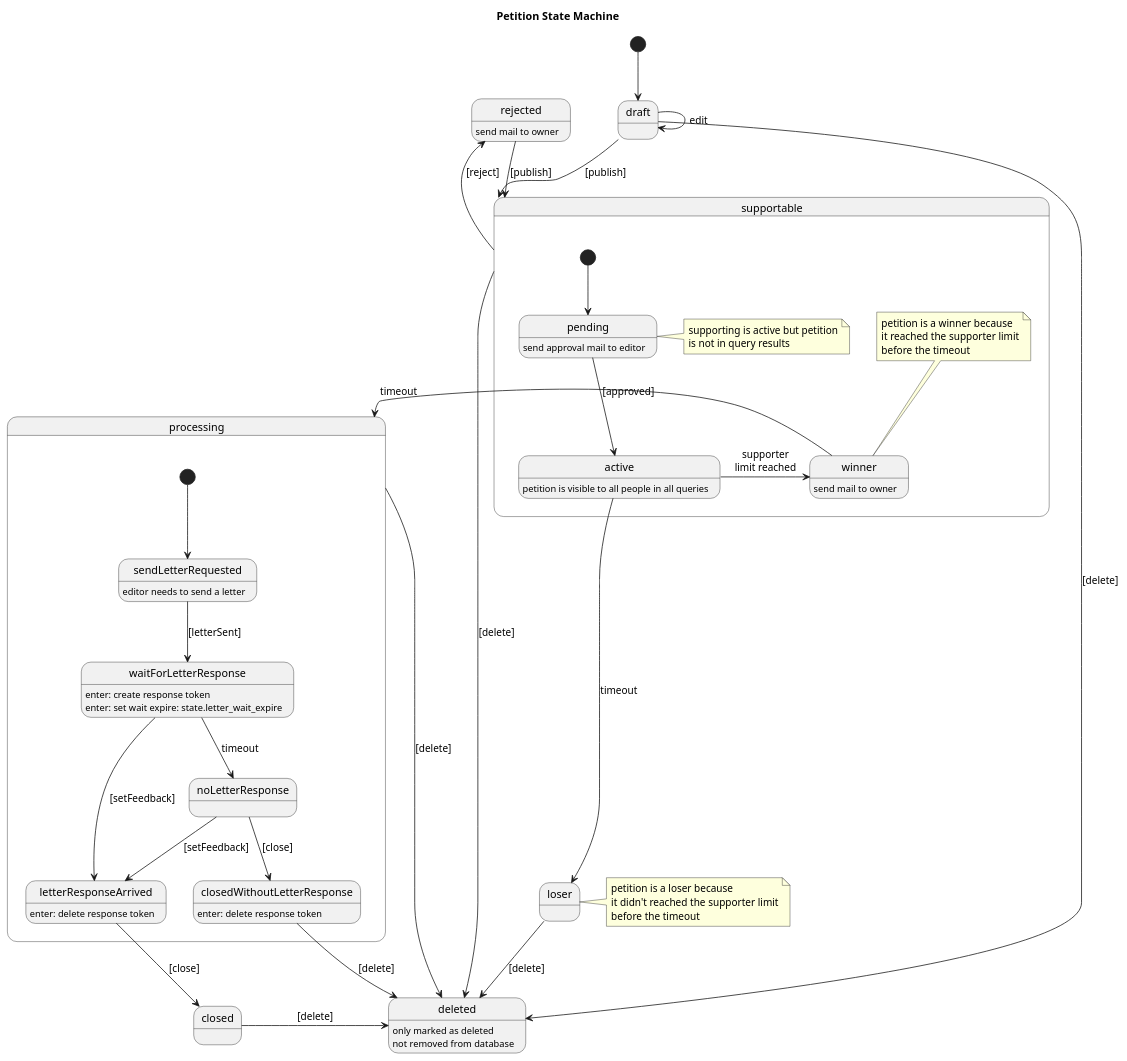
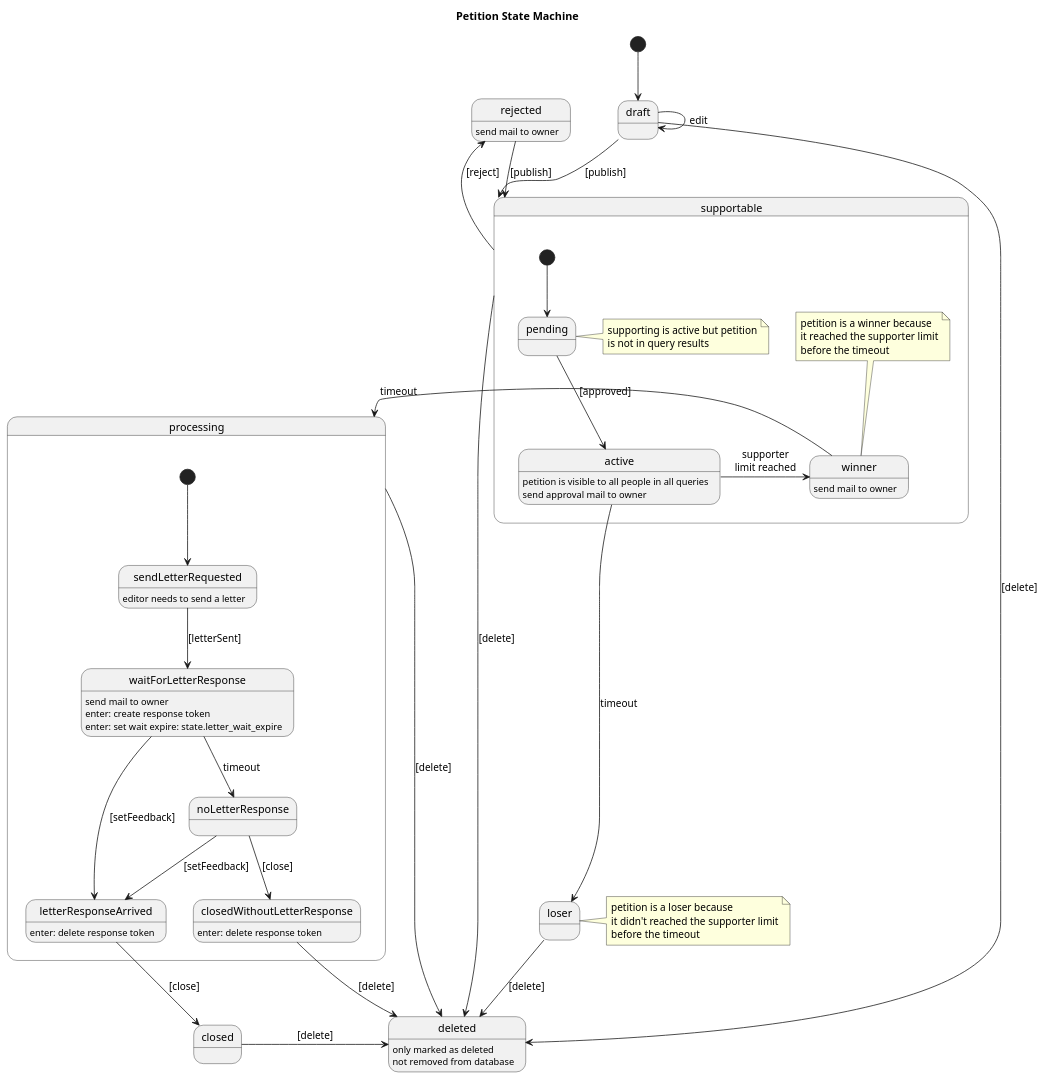
One commit to iris-dni/iris-service changed the diagram in docs/petition-management.rst. Above: the diagram before and after it, drawn with PlantUML. The commit also changed 15 other files, not shown here.

```diff
--- a/docs/petition-management.rst
+++ b/docs/petition-management.rst
@@ -24,66 +24,67 @@
 .. uml::
 
     @startuml
 
     Title "Petition State Machine"
 
     [*] --> draft
     draft --> draft : edit
     draft --> supportable : [publish]
 
     supportable -up-> rejected : [reject]
     supportable -> deleted : [delete]
 
     rejected --> supportable : [publish]
     rejected : send mail to owner
 
     draft --> deleted : [delete]
     loser --> deleted : [delete]
     closed -> deleted : [delete]
     processing -> deleted : [delete]
 
     state deleted {
     }
     deleted : only marked as deleted
     deleted : not removed from database
 
     state loser {
     }
     note right of loser : petition is a loser because\nit didn't reached the supporter limit\nbefore the timeout
 
     state supportable {
       [*] --> pending
-      pending : send approval mail to editor
       note right of pending : supporting is active but petition\nis not in query results
       pending --> active : [approved]
       active : petition is visible to all people in all queries
+      active : send approval mail to owner
       active --> loser : timeout
       active -right-> winner : supporter\nlimit reached
       
       winner : send mail to owner
       note top of winner : petition is a winner because\nit reached the supporter limit\nbefore the timeout
 
       winner -> processing : timeout
     }
 
     state processing {
         [*] --> sendLetterRequested
         sendLetterRequested : editor needs to send a letter
         sendLetterRequested --> waitForLetterResponse : [letterSent]
+        waitForLetterResponse : send mail to owner
         waitForLetterResponse : enter: create response token
         waitForLetterResponse : enter: set wait expire: state.letter_wait_expire
         waitForLetterResponse --> letterResponseArrived : [setFeedback]
         waitForLetterResponse --> noLetterResponse : timeout
         noLetterResponse --> letterResponseArrived : [setFeedback]
         noLetterResponse --> closedWithoutLetterResponse : [close]
         letterResponseArrived --> closed : [close]
         letterResponseArrived : enter: delete response token
     }
 
     closedWithoutLetterResponse : enter: delete response token
     closedWithoutLetterResponse -> deleted : [delete]
     state closedWithoutLetterResponse {
     }
     state closed {
     }
     @enduml
```
